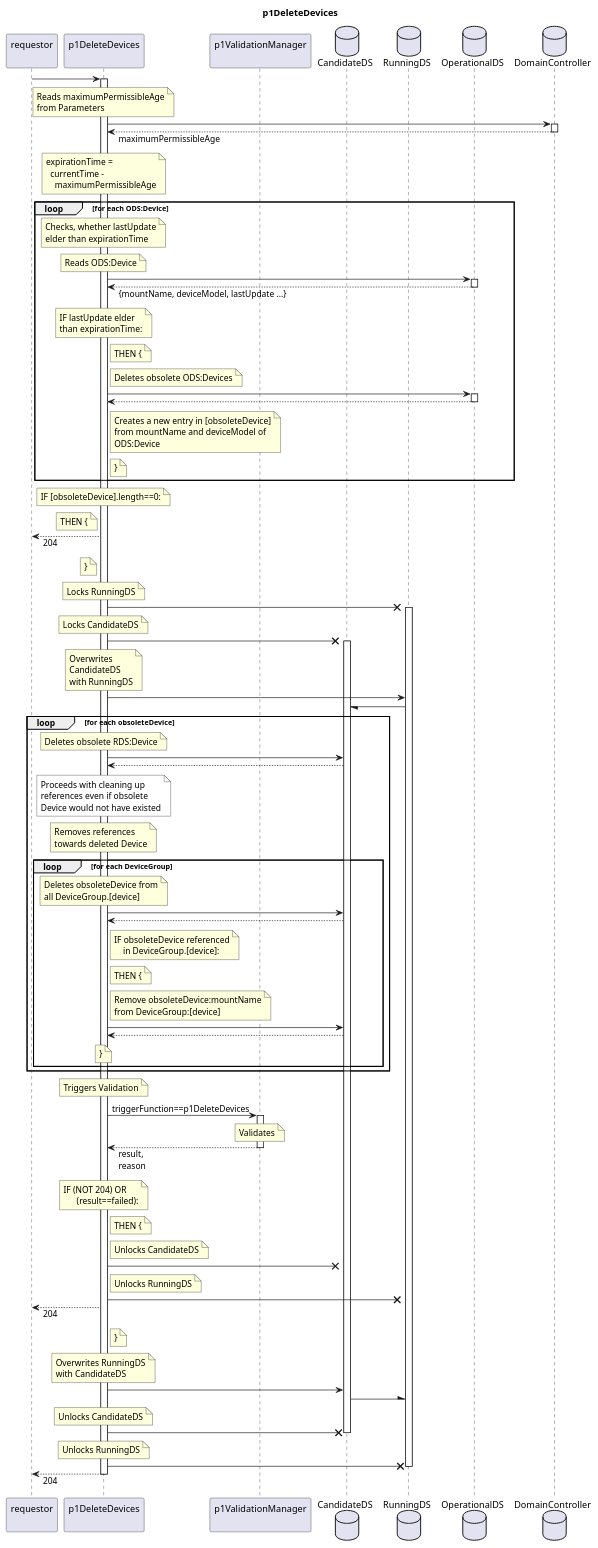
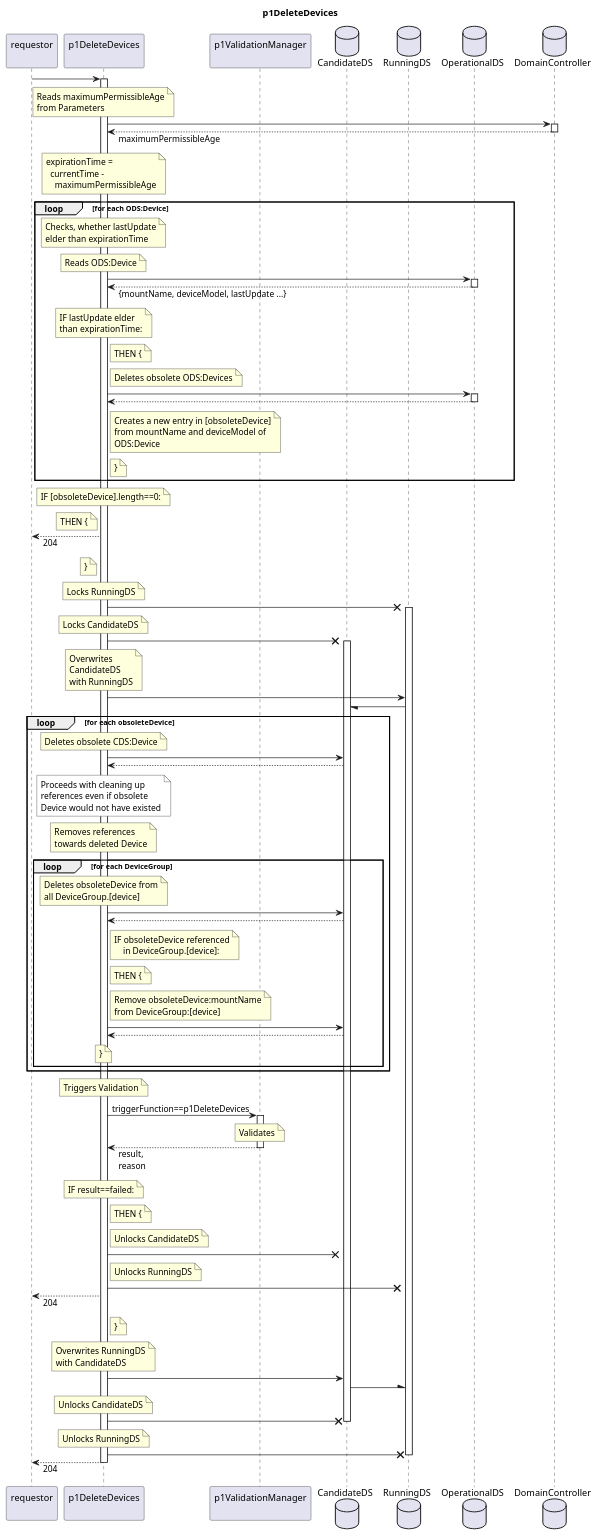
The diagram in spec/Functions/Interpretation/p1DeleteDevices/1.0.0/p1DeleteDevices.plantuml (openBackhaul/FirmWareManager), drawn with PlantUML before and after one commit. The commit also changed 26 other files, not shown here.

```diff
--- a/spec/Functions/Interpretation/p1DeleteDevices/1.0.0/p1DeleteDevices.plantuml
+++ b/spec/Functions/Interpretation/p1DeleteDevices/1.0.0/p1DeleteDevices.plantuml
@@ -1,192 +1,191 @@
 @startuml p1DeleteDevices
 skinparam responseMessageBelowArrow true
 
 title
   p1DeleteDevices
 end title
 
 participant "requestor\n" as requestor
 participant "p1DeleteDevices\n" as indServ
 participant "p1ValidationManager\n" as valiMan
 
 database "CandidateDS" as CanDS
 database "RunningDS" as RunDS
 database "OperationalDS" as OpDS
 database "DomainController" as DC
 
 requestor -> indServ
 activate indServ
 
   note over indServ
     Reads maximumPermissibleAge
     from Parameters
   end note
     indServ -> DC
     activate DC
     indServ <-- DC: maximumPermissibleAge
     deactivate DC
 
   note over indServ
     expirationTime =
       currentTime - 
         maximumPermissibleAge
   end note
 
   loop for each ODS:Device
     note over indServ
       Checks, whether lastUpdate
       elder than expirationTime
     end note
     note over indServ
       Reads ODS:Device
     end note
     indServ -> OpDS
     activate OpDS
     indServ <-- OpDS: {mountName, deviceModel, lastUpdate ...}
     deactivate OpDS
     note over indServ
       IF lastUpdate elder
       than expirationTime:
     end note
     note right indServ
       THEN {
     end note
     note right indServ
       Deletes obsolete ODS:Devices
     end note
     indServ -> OpDS
     activate OpDS
     indServ <-- OpDS
     deactivate OpDS
     note right indServ
       Creates a new entry in [obsoleteDevice]
       from mountName and deviceModel of
       ODS:Device
     end note
     note right indServ
       }
     end note
   end loop
   note over indServ
     IF [obsoleteDevice].length==0:
   end note
   note left indServ
     THEN {
   end note
   requestor <-- indServ: 204
   note left indServ
     }
   end note  
 
   note over indServ
     Locks RunningDS
   end note
   indServ -X RunDS
   activate RunDS
   note over indServ
     Locks CandidateDS
   end note
   indServ -X CanDS
   activate CanDS
   note over indServ
     Overwrites
     CandidateDS
     with RunningDS
   end note
   indServ -> RunDS
   RunDS -/ CanDS
 
   loop for each obsoleteDevice
     note over indServ
-      Deletes obsolete RDS:Device
+      Deletes obsolete CDS:Device
     end note
     indServ -> CanDS
     indServ <-- CanDS
     note over indServ #White
       Proceeds with cleaning up
       references even if obsolete
       Device would not have existed
     end note
 
     note over indServ
       Removes references
       towards deleted Device
     end note
     loop for each DeviceGroup
 
       note over indServ
         Deletes obsoleteDevice from
         all DeviceGroup.[device]
       end note
       indServ -> CanDS
       indServ <-- CanDS
       note right indServ
         IF obsoleteDevice referenced
             in DeviceGroup.[device]:
       end note
       note right indServ
         THEN {
       end note
       note right indServ
         Remove obsoleteDevice:mountName
         from DeviceGroup:[device]
       end note
       indServ -> CanDS
       indServ <-- CanDS
       note over indServ
         }
       end note
     end loop
   end loop
 
   note over indServ
     Triggers Validation
   end note
   indServ -> valiMan: triggerFunction==p1DeleteDevices
   activate valiMan
     note over valiMan
       Validates
     end note
   indServ <-- valiMan: result,\nreason
   deactivate valiMan
   note over indServ
-    IF (NOT 204) OR 
-          (result==failed):
+    IF result==failed:
   end note
   note right indServ
     THEN {
   end note
   note right indServ
     Unlocks CandidateDS
   end note
   indServ -X CanDS
   note right indServ
     Unlocks RunningDS
   end note
   indServ -X RunDS
   requestor <-- indServ: 204
   note right indServ
     }
   end note
 
   note over indServ
     Overwrites RunningDS
     with CandidateDS
   end note
   indServ -> CanDS
   CanDS -\ RunDS
   note over indServ
     Unlocks CandidateDS
   end note
   indServ -X CanDS
   deactivate CanDS
   note over indServ
     Unlocks RunningDS
   end note
   indServ -X RunDS
   deactivate RunDS
 
 requestor <-- indServ: 204
 deactivate indServ
 
 @enduml
```
